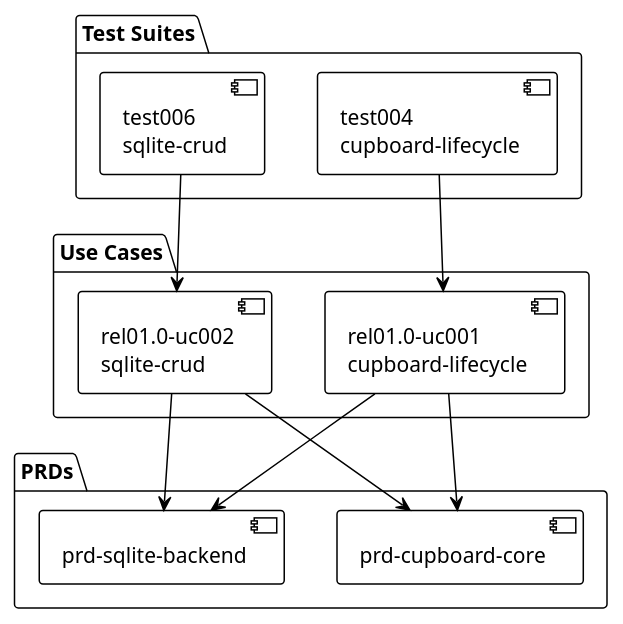
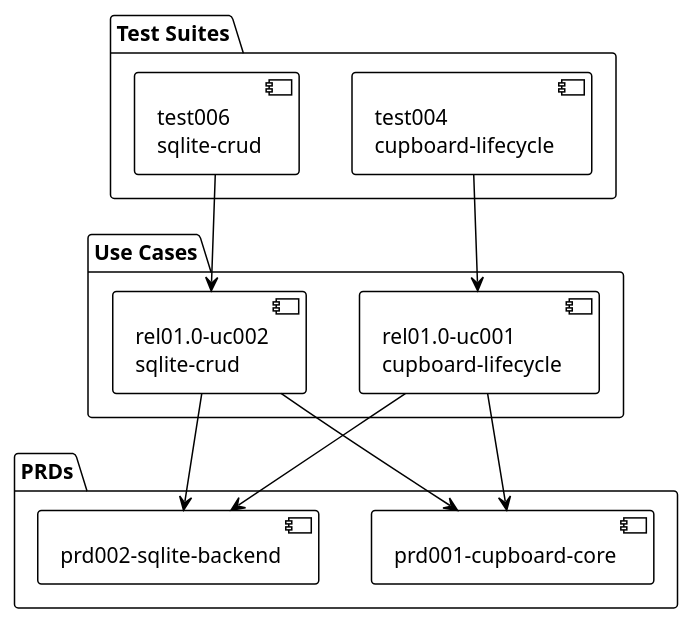
The diagram in .claude/rules/specification-format.md (mesh-intelligence/crumbs), drawn with PlantUML before and after one commit. The commit also changed other lines of this file and 96 other files, not shown here.

First line of the commit message:
Rename PRDs to prd[NNN] format (architectural layering)

````diff
--- a/.claude/rules/specification-format.md
+++ b/.claude/rules/specification-format.md
@@ -83,29 +83,29 @@
    ```plantuml
    @startuml
    !theme plain
    skinparam backgroundColor white
 
    package "PRDs" {
-     [prd-cupboard-core] as prd1
-     [prd-sqlite-backend] as prd2
+     [prd001-cupboard-core] as prd1
+     [prd002-sqlite-backend] as prd2
    }
 
    package "Use Cases" {
      [rel01.0-uc001\ncupboard-lifecycle] as uc1
      [rel01.0-uc002\nsqlite-crud] as uc2
    }
 
    package "Test Suites" {
      [test004\ncupboard-lifecycle] as ts4
      [test006\nsqlite-crud] as ts6
    }
 
    uc1 --> prd1
    uc1 --> prd2
    uc2 --> prd1
    uc2 --> prd2
    ts4 --> uc1
    ts6 --> uc2
 
    @enduml
    ```
````
